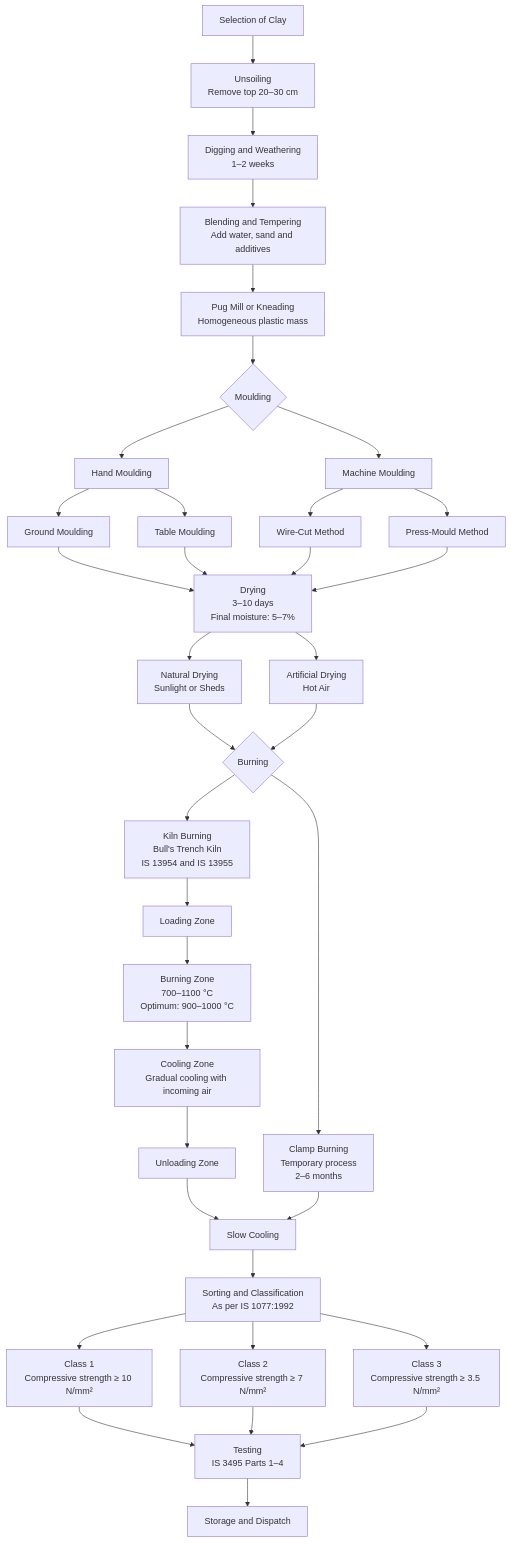
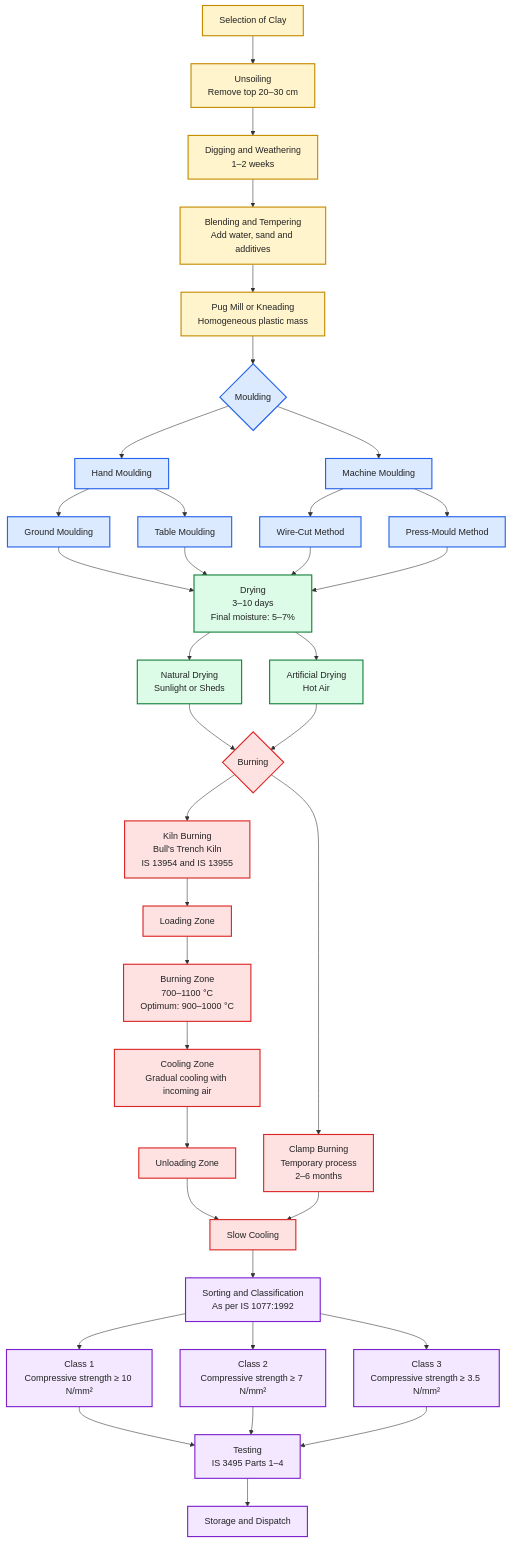
Before and after one commit to CE-Deepanshu/Civilpedia: the diagram in Content/Bricks.md, drawn with Mermaid.

```diff
--- a/Content/Bricks.md
+++ b/Content/Bricks.md
@@ -76,55 +76,69 @@
   <pre class="mermaid">
     flowchart TD
 
     A["Selection of Clay"]
     A --> B["Unsoiling<br/>Remove top 20–30 cm"]
     B --> C["Digging and Weathering<br/>1–2 weeks"]
     C --> D["Blending and Tempering<br/>Add water, sand and additives"]
     D --> E["Pug Mill or Kneading<br/>Homogeneous plastic mass"]
 
     E --> F{"Moulding"}
 
     F --> G["Hand Moulding"]
     F --> H["Machine Moulding"]
 
     G --> G1["Ground Moulding"]
     G --> G2["Table Moulding"]
 
     H --> H1["Wire-Cut Method"]
     H --> H2["Press-Mould Method"]
 
     G1 --> I["Drying<br/>3–10 days<br/>Final moisture: 5–7%"]
     G2 --> I
     H1 --> I
     H2 --> I
 
     I --> I1["Natural Drying<br/>Sunlight or Sheds"]
     I --> I2["Artificial Drying<br/>Hot Air"]
 
     I1 --> J{"Burning"}
     I2 --> J
 
     J --> K["Clamp Burning<br/>Temporary process<br/>2–6 months"]
 
     J --> L["Kiln Burning<br/>Bull's Trench Kiln<br/>IS 13954 and IS 13955"]
 
     L --> L1["Loading Zone"]
     L1 --> L2["Burning Zone<br/>700–1100 °C<br/>Optimum: 900–1000 °C"]
     L2 --> L3["Cooling Zone<br/>Gradual cooling with incoming air"]
     L3 --> L4["Unloading Zone"]
 
     L4 --> M["Slow Cooling"]
     K --> M
 
     M --> N["Sorting and Classification<br/>As per IS 1077:1992"]
 
     N --> O1["Class 1<br/>Compressive strength ≥ 10 N/mm²"]
     N --> O2["Class 2<br/>Compressive strength ≥ 7 N/mm²"]
     N --> O3["Class 3<br/>Compressive strength ≥ 3.5 N/mm²"]
 
     O1 --> P["Testing<br/>IS 3495 Parts 1–4"]
     O2 --> P
     O3 --> P
 
     P --> Q["Storage and Dispatch"]
+
+    %% Colour definitions
+    classDef preparation fill:#fff4cc,stroke:#c58b00,stroke-width:2px,color:#222;
+    classDef moulding fill:#dbeafe,stroke:#2563eb,stroke-width:2px,color:#222;
+    classDef drying fill:#dcfce7,stroke:#15803d,stroke-width:2px,color:#222;
+    classDef burning fill:#fee2e2,stroke:#dc2626,stroke-width:2px,color:#222;
+    classDef testing fill:#f3e8ff,stroke:#7e22ce,stroke-width:2px,color:#222;
+
+    %% Assign classes to nodes
+    class A,B,C,D,E preparation;
+    class F,G,H,G1,G2,H1,H2 moulding;
+    class I,I1,I2 drying;
+    class J,K,L,L1,L2,L3,L4,M burning;
+    class N,O1,O2,O3,P,Q testing;
   </pre>
```
